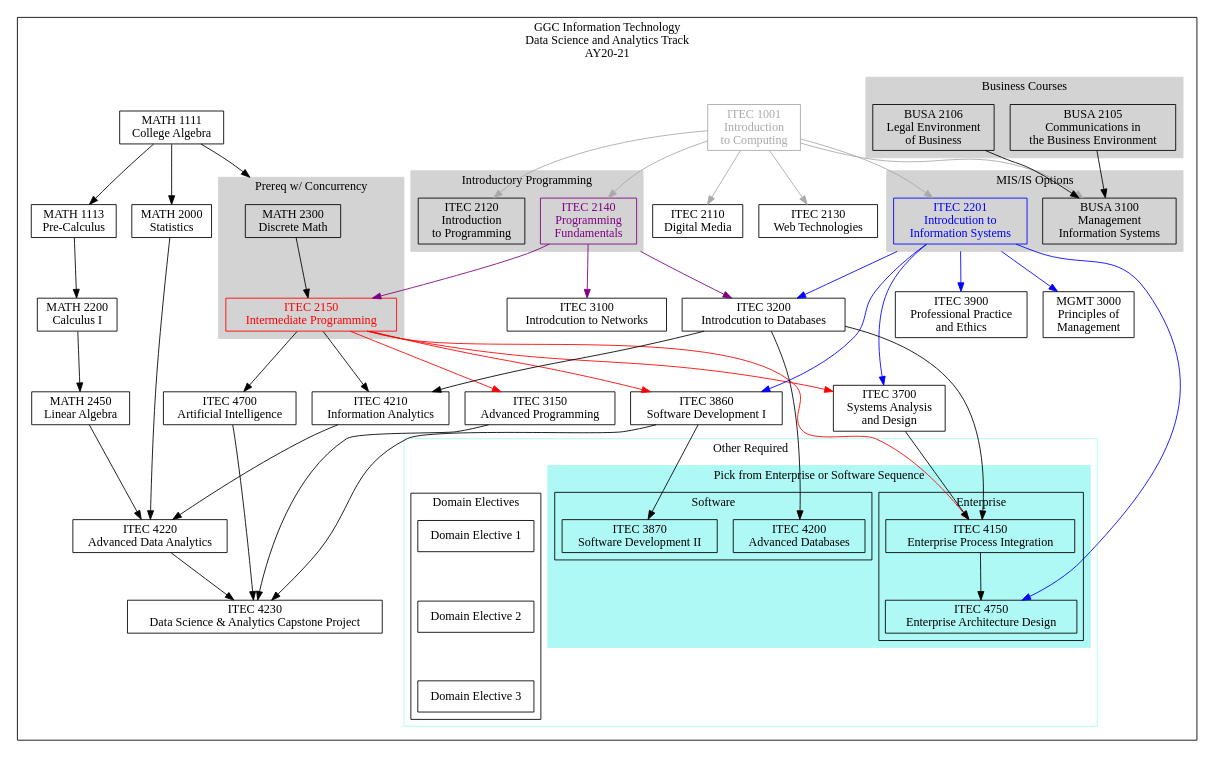
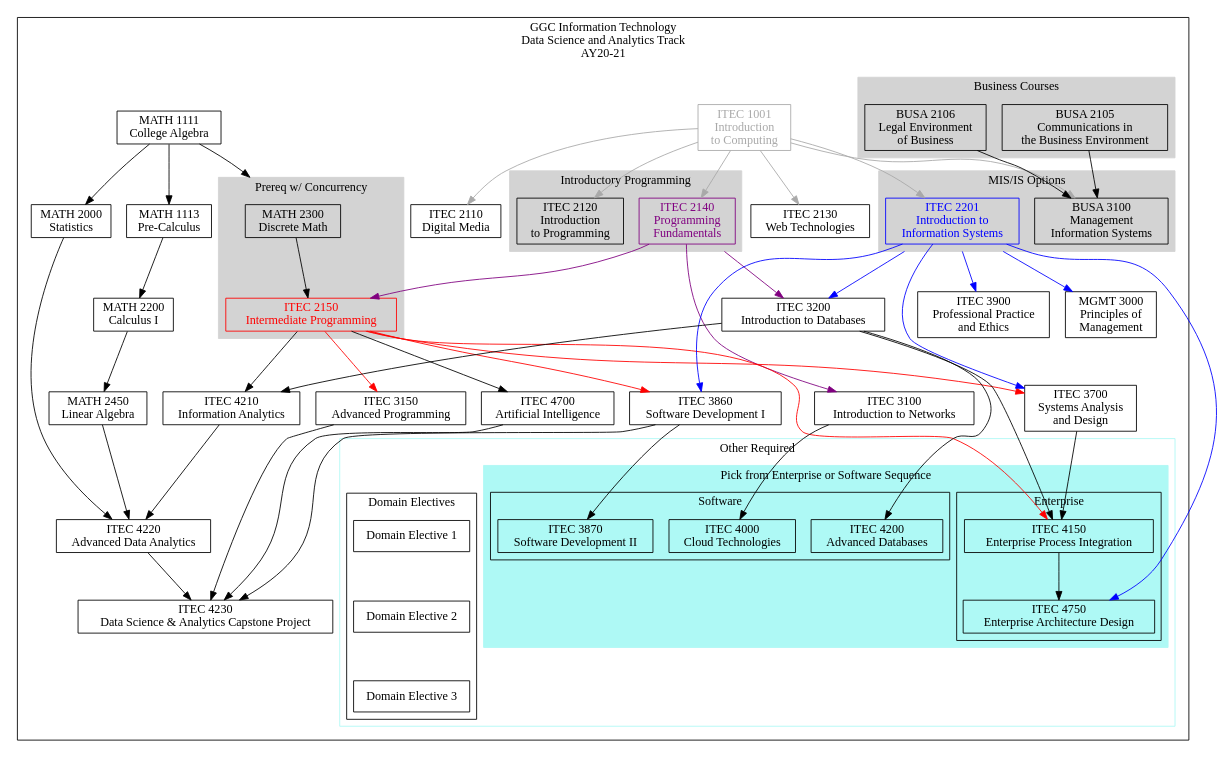
One commit to soft-eng-practicum/itec-plans changed the diagram in AY20-21/DataScienceAndAnalytics.dot. Above: the diagram before and after it, drawn with Graphviz. The commit also changed 5 other files, not shown here.

```diff
--- a/AY20-21/DataScienceAndAnalytics.dot
+++ b/AY20-21/DataScienceAndAnalytics.dot
@@ -1,174 +1,177 @@
 digraph G {
 
     node [shape = record, fontname="Sans serif" fontsize="14"];
     compound = true //  needed to link clusters and nodes
     splines = true
     ranksep=0.75
 
      // All
     itec1001[label = "ITEC 1001\nIntroduction \nto Computing" color=darkgray fontcolor=darkgray]
     itec2110[label = "ITEC 2110\nDigital Media"]
     itec2120[label = "ITEC 2120\nIntroduction\nto Programming"]
     itec2130[label = "ITEC 2130\nWeb Technologies"]
     itec2140[label = "ITEC 2140\nProgramming \nFundamentals" color=purple fontcolor=purple]
     itec2150[label = "ITEC 2150\nIntermediate Programming" color=red fontcolor=red]
-    itec2201[label = "ITEC 2201\nIntrodcution to\nInformation Systems" color=blue fontcolor=blue]
-    itec3100[label = "ITEC 3100\nIntrodcution to Networks"]
-    itec3200[label = "ITEC 3200\nIntrodcution to Databases"]
+    itec2201[label = "ITEC 2201\nIntroduction to\nInformation Systems" color=blue fontcolor=blue]
+    itec3100[label = "ITEC 3100\nIntroduction to Networks"]
+    itec3200[label = "ITEC 3200\nIntroduction to Databases"]
     itec3900[label = "ITEC 3900\nProfessional Practice\nand Ethics"]
     busa2105[label = "BUSA 2105\nCommunications in\nthe Business Environment"]
     busa2106[label = "BUSA 2106\nLegal Environment\nof Business"]
     busa3100[label = "BUSA 3100\nManagement \nInformation Systems"]
     math1111[label = "MATH 1111\nCollege Algebra"]
     math1113[label = "MATH 1113\nPre-Calculus"]
     math2300[label = "MATH 2300\nDiscrete Math"]
     math2000[label = "MATH 2000\nStatistics"]
     math2200[label = "MATH 2200\nCalculus I"]
     mgmt3000[label = "MGMT 3000\nPrinciples of\nManagement"]
 
     // Data Science and Analytics
     itec3150[label = "ITEC 3150\nAdvanced Programming"]
     itec3700[label = "ITEC 3700\nSystems Analysis\nand Design"]
     itec3860[label = "ITEC 3860\nSoftware Development I"]
     itec3870[label = "ITEC 3870\nSoftware Development II"]
     itec4150[label = "ITEC 4150\nEnterprise Process Integration"]
+    itec4000[label = "ITEC 4000\nCloud Technologies"]
     itec4200[label = "ITEC 4200\nAdvanced Databases"]
     itec4210[label = "ITEC 4210\nInformation Analytics"]
     itec4220[label = "ITEC 4220\nAdvanced Data Analytics"]
     itec4230[label = "ITEC 4230\nData Science & Analytics Capstone Project"]
     itec4750[label = "ITEC 4750\nEnterprise Architecture Design"]
     itec4700[label = "ITEC 4700\nArtificial Intelligence"]
     domain1[label = "Domain Elective 1"]
     domain2[label = "Domain Elective 2"]
     domain3[label = "Domain Elective 3"]
     math2450[label = "MATH 2450\nLinear Algebra"]
 
 
     subgraph clusterdsa {
         label="GGC Information Technology\nData Science and Analytics Track\nAY20-21"
 
         subgraph clusterrequired {
             label=""
             node [style=filled];
             style=filled;
 
             color="#FFFFFF";
 
             itec1001 -> itec2110 [color=darkgray]
 
             itec1001 -> itec2120 [color=darkgray]
             itec1001 -> itec2130 [color=darkgray]
             itec1001 -> itec2201 [color=darkgray]
             itec1001 -> busa3100 [color=darkgray]
             itec2140 -> itec2150 [color=purple]
             itec2140 -> itec3100 [color=purple]
             itec2201 -> itec3200 [ltail=cluster22013100 color=blue]
             itec2140 -> itec3200 [ltail=cluster21202140 color=purple]
             itec2201 -> mgmt3000 [ltail=cluster22013100 color=blue]
 
             itec2150 -> itec4150 [color=red]
             itec3200 -> itec4150
             itec3700 -> itec4150
             itec2201 -> itec4750 [color=blue]
             itec4150 -> itec4750
             
             busa2106 -> busa3100
             busa2105 -> busa3100
             itec1001 -> itec2140 [color=darkgray]
             itec2150 -> itec3150 [lltail=clusterdiscrete color=red]
 
             itec2150 -> itec3700 [lltail=clusterdiscrete color=red]
             itec2201 -> itec3700 [color=blue]
 
             itec2150 -> itec3860 [color=red]
             itec2201 -> itec3860 [color=blue]
             itec3860 -> itec3870
             itec2201 -> itec3900 [ltail=cluster22013100 color=blue]
+            itec3100 -> itec4000
             itec2150 -> itec4210
             itec3200 -> itec4210
             itec4210 -> itec4220
             math2000 -> itec4220
             math2200 -> math2450
             math2450 -> itec4220
             itec3860 -> itec4230
             itec4220 -> itec4230
             itec3150 -> itec4230
             itec4700 -> itec4230
             itec2150 -> itec4700
 
             math1113 -> math2200
             math1111 -> math1113
             math1111 -> math2000
             math1111 -> math2300 [lhead=clusterdiscrete]
            
             itec3200 -> itec4200
 
             subgraph cluster21202140 {
                 label = "Introductory Programming";
                 color=lightgrey;
                 itec2120
                 itec2140
             }
             subgraph cluster22013100 {
                 label = "MIS/IS Options";
                 color=lightgrey;
                 busa3100
                 itec2201
             }
             subgraph cluster21052106 {
                 label = "Business Courses"
                 color=lightgrey;
                 busa2105
                 busa2106
             }
             
             subgraph clusterdiscrete {
                 label = "Prereq w/ Concurrency";
                 node [style=filled];
                 style=filled;
                 color=lightgrey;
                 math2300 -> itec2150
             }
 
             subgraph clusterotherrequired {
                 label = "Other Required"
                 node [style=filled];
                 style=filled;
                 graph[style=solid]
                 color="#AEF9F5"
 
 
                 subgraph clusteritecoptions {
                     label = "Pick from Enterprise or Software Sequence"
                     node [style=filled];
                     style=filled;
                     color="#AEF9F5"
 
                     subgraph clusteritecopt1 {
                         label = "Enterprise";
                         graph[style=solid]
                         color=black
                         itec4150
                         itec4750
                     }
 
                     subgraph clusteritecopt2 {
                         label = "Software";
                         graph[style=solid]
                         color=black
                         itec3870
+                        itec4000
                         itec4200
                     }
                 }
 
                 subgraph clusterdomain {
                     label = "Domain Electives";
                     graph[style=solid]
                     color=black
                     domain1 -> domain2 [style="invis"]
                     domain2 -> domain3 [style="invis"]
                 }               
             }
         }    
     }
 }
```
